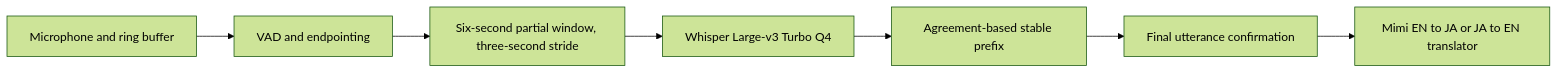
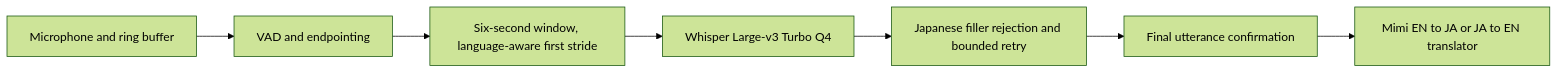
Before and after one commit to Parassharmaa/mimi: the diagram in Research/speech/local-realtime-stt-review-2026-07-26.md, drawn with Mermaid (forest theme). The commit also changed other lines of this file and 2 other files, not shown here.

````diff
--- a/Research/speech/local-realtime-stt-review-2026-07-26.md
+++ b/Research/speech/local-realtime-stt-review-2026-07-26.md
@@ -30,9 +30,9 @@
 ```mermaid
 flowchart LR
     A["Microphone and ring buffer"] --> B["VAD and endpointing"]
-    B --> C["Six-second partial window, three-second stride"]
+    B --> C["Six-second window, language-aware first stride"]
     C --> D["Whisper Large-v3 Turbo Q4"]
-    D --> E["Agreement-based stable prefix"]
+    D --> E["Japanese filler rejection and bounded retry"]
     E --> F["Final utterance confirmation"]
     F --> G["Mimi EN to JA or JA to EN translator"]
 ```
````
